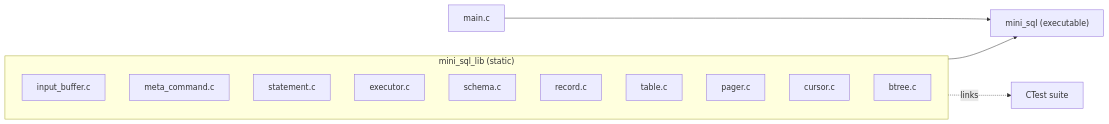
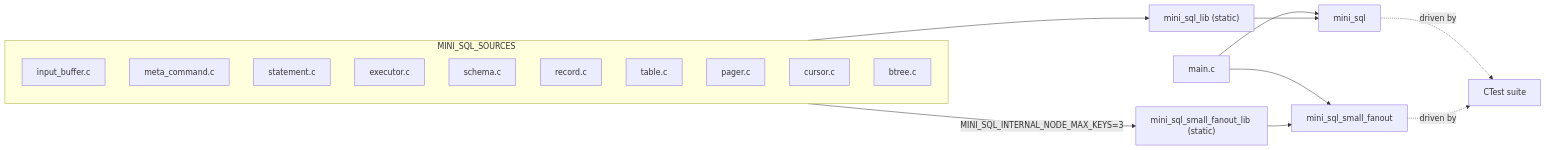
One commit to Rohitangshu2026/mini-sql changed diagram 16 of 18 in README.md. Above: the diagram before and after it, drawn with Mermaid. The commit also changed other lines of this file, not shown here.

````diff
--- a/README.md
+++ b/README.md
@@ -707,18 +764,23 @@
 ```mermaid
 flowchart LR
-    subgraph lib["mini_sql_lib (static)"]
+    subgraph src["MINI_SQL_SOURCES"]
         a[input_buffer.c]
         b[meta_command.c]
         c[statement.c]
         d[executor.c]
         e[schema.c]
         f[record.c]
         g[table.c]
         h[pager.c]
         i[cursor.c]
         j[btree.c]
     end
-    main_c[main.c] --> exe["mini_sql (executable)"]
+    src --> lib["mini_sql_lib (static)"]
+    src -->|"MINI_SQL_INTERNAL_NODE_MAX_KEYS=3"| slib["mini_sql_small_fanout_lib (static)"]
+    main_c[main.c] --> exe["mini_sql"]
+    main_c --> sexe["mini_sql_small_fanout"]
     lib --> exe
-    lib -.->|links| tests["CTest suite"]
+    slib --> sexe
+    exe -.->|driven by| tests["CTest suite"]
+    sexe -.->|driven by| tests
 ```
````
